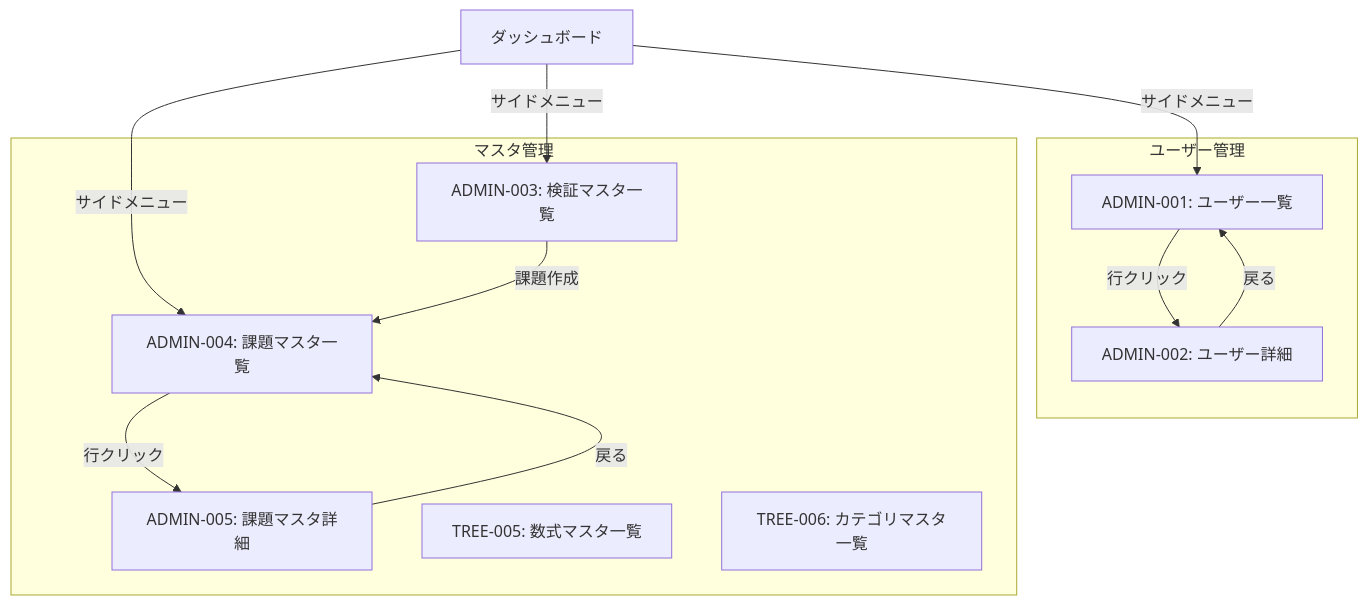
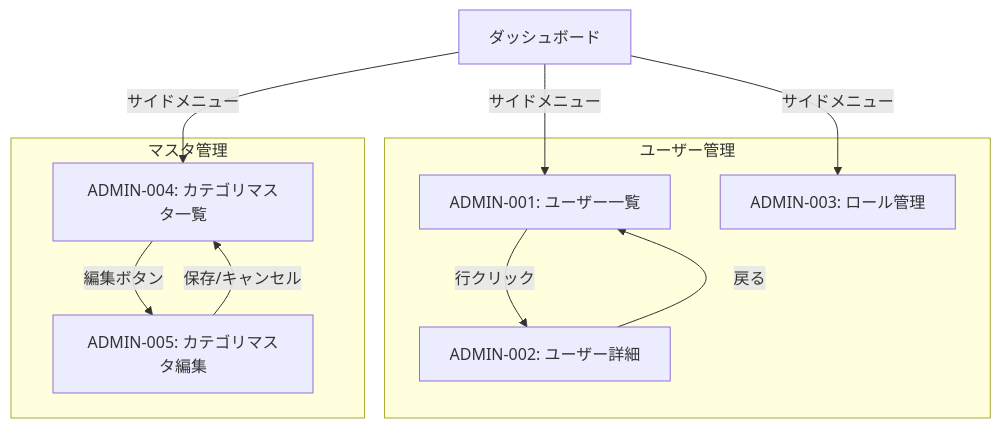
The fifth of 6 diagrams in docs/specifications/02-screen-transition/01-screen-transition.md (nomura-koshiro/genai-app-docs), drawn with Mermaid before and after one commit. The commit also changed other lines of this file and 29 other files, not shown here.

```diff
--- a/docs/specifications/02-screen-transition/01-screen-transition.md
+++ b/docs/specifications/02-screen-transition/01-screen-transition.md
@@ -228,26 +253,23 @@
 ::: mermaid
 graph TD
     subgraph ユーザー管理
         ULIST[ADMIN-001: ユーザー一覧]
         UDETAIL[ADMIN-002: ユーザー詳細]
+        ROLES[ADMIN-003: ロール管理]
     end
 
     subgraph マスタ管理
-        VLIST[ADMIN-003: 検証マスタ一覧]
-        ILIST[ADMIN-004: 課題マスタ一覧]
-        IDETAIL[ADMIN-005: 課題マスタ詳細]
-        FLIST[TREE-005: 数式マスタ一覧]
-        CLIST[TREE-006: カテゴリマスタ一覧]
+        CLIST[ADMIN-004: カテゴリマスタ一覧]
+        CEDIT[ADMIN-005: カテゴリマスタ編集]
     end
 
     DASH[ダッシュボード] -->|サイドメニュー| ULIST
     ULIST -->|行クリック| UDETAIL
     UDETAIL -->|戻る| ULIST
 
-    DASH -->|サイドメニュー| VLIST
-    DASH -->|サイドメニュー| ILIST
-    ILIST -->|行クリック| IDETAIL
-    IDETAIL -->|戻る| ILIST
+    DASH -->|サイドメニュー| ROLES
 
-    VLIST -->|課題作成| ILIST
+    DASH -->|サイドメニュー| CLIST
+    CLIST -->|編集ボタン| CEDIT
+    CEDIT -->|保存/キャンセル| CLIST
 :::
```
